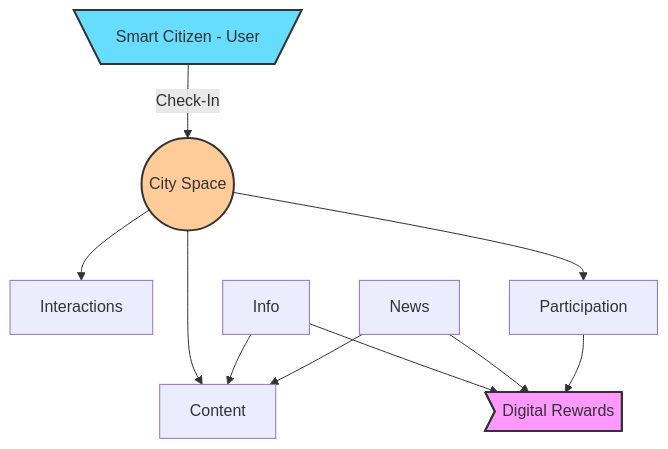
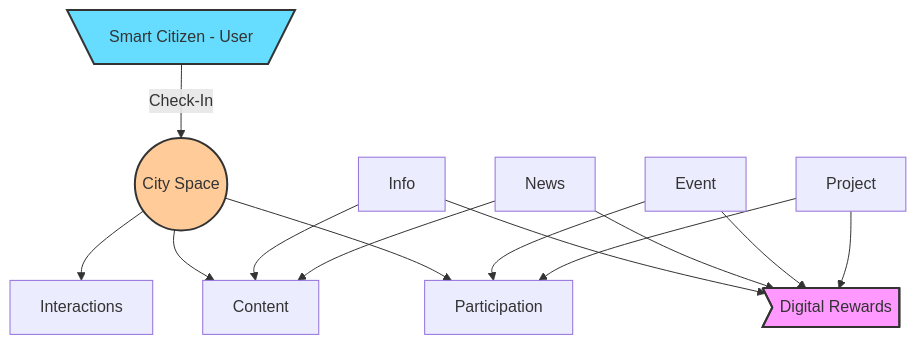
The second of 2 diagrams in pages/elements/city-spaces.md (cityos-work/cityos-dev), drawn with Mermaid before and after one commit.

````diff
--- a/pages/elements/city-spaces.md
+++ b/pages/elements/city-spaces.md
@@ -33,17 +33,21 @@
 ```mermaid
 graph TD;
     U[\Smart Citizen - User/]-- Check-In -->CS((City Space));
     CS-->CSI[Interactions];
     CS-->CSC[Content];
     
     INFO[Info]-->CSC;
     NEWS[News]-->CSC;
     
     CS-->CSP[Participation];
+    EVENT[Event]-->CSP;
+    PROJECT[Project]-->CSP;
+    
     INFO-->DR>Digital Rewards];
     NEWS-->DR;
-    CSP-->DR;
+    EVENT-->DR;
+    PROJECT-->DR;
     style U fill:#6df,stroke:#333,stroke-width:2px
     style CS fill:#fc9,stroke:#333,stroke-width:2px
     style DR fill:#f9f,stroke:#333,stroke-width:2px
 ```
````
